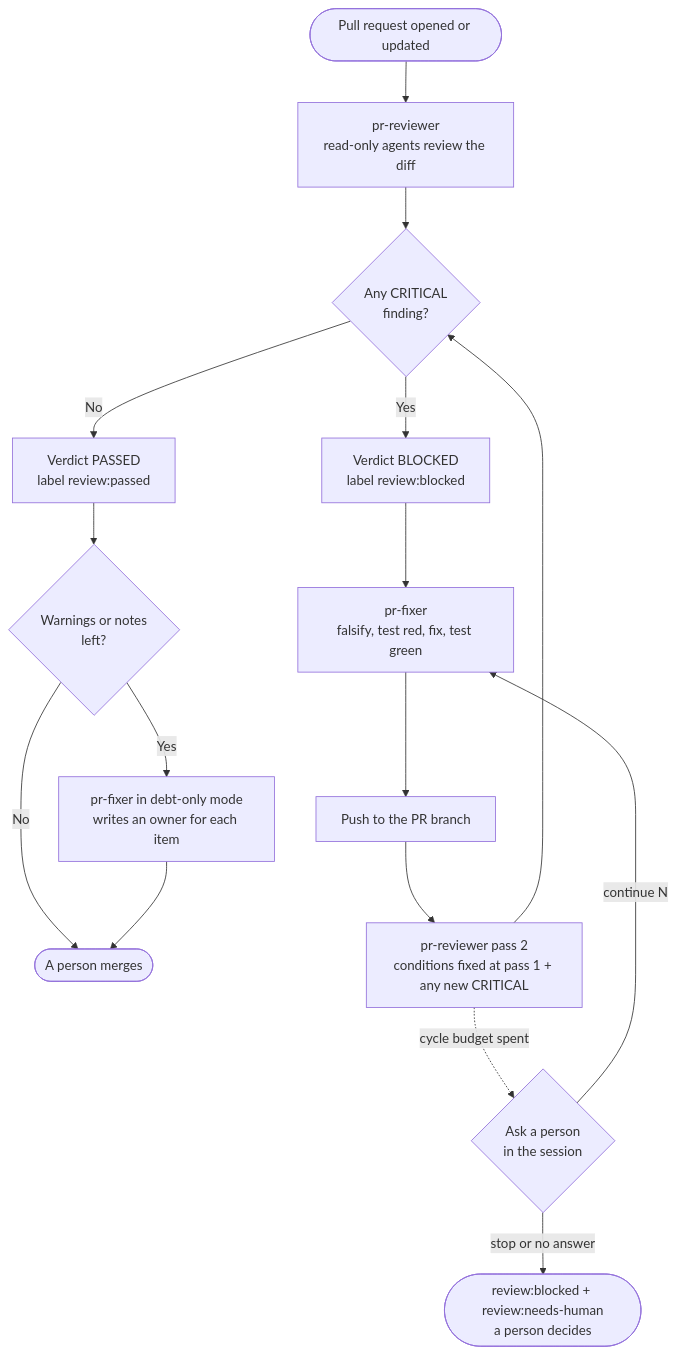
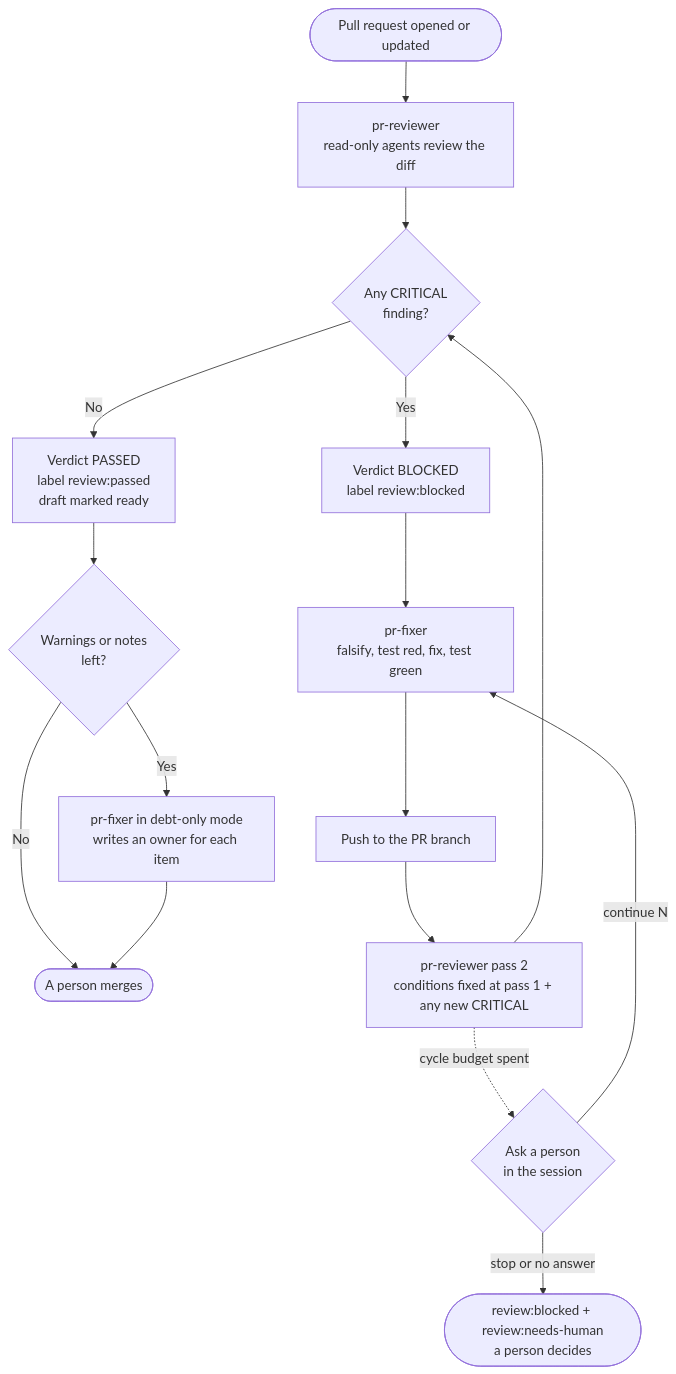
Before and after one commit to jonyfs/pr-reviewer-fixer: the diagram in docs/diagrams/01-overview.mmd, drawn with Mermaid. The commit also changed 25 other files, not shown here.

First line of the commit message:
Release 0.2.0: PASSED marks a draft ready, fail-closed budget, review fixes

```diff
--- a/docs/diagrams/01-overview.mmd
+++ b/docs/diagrams/01-overview.mmd
@@ -1,16 +1,16 @@
 flowchart TD
     A([Pull request opened or updated]) --> B[pr-reviewer<br/>read-only agents review the diff]
     B --> C{Any CRITICAL<br/>finding?}
-    C -- No --> D[Verdict PASSED<br/>label review:passed]
+    C -- No --> D[Verdict PASSED<br/>label review:passed<br/>draft marked ready]
     C -- Yes --> E[Verdict BLOCKED<br/>label review:blocked]
     D --> F{Warnings or notes<br/>left?}
     F -- Yes --> G[pr-fixer in debt-only mode<br/>writes an owner for each item]
     F -- No --> H([A person merges])
     G --> H
     E --> I[pr-fixer<br/>falsify, test red, fix, test green]
     I --> J[Push to the PR branch]
     J --> K[pr-reviewer pass 2<br/>conditions fixed at pass 1 + any new CRITICAL]
     K --> C
     K -. cycle budget spent .-> L{Ask a person<br/>in the session}
     L -- continue N --> I
     L -- stop or no answer --> M([review:blocked + review:needs-human<br/>a person decides])
```
